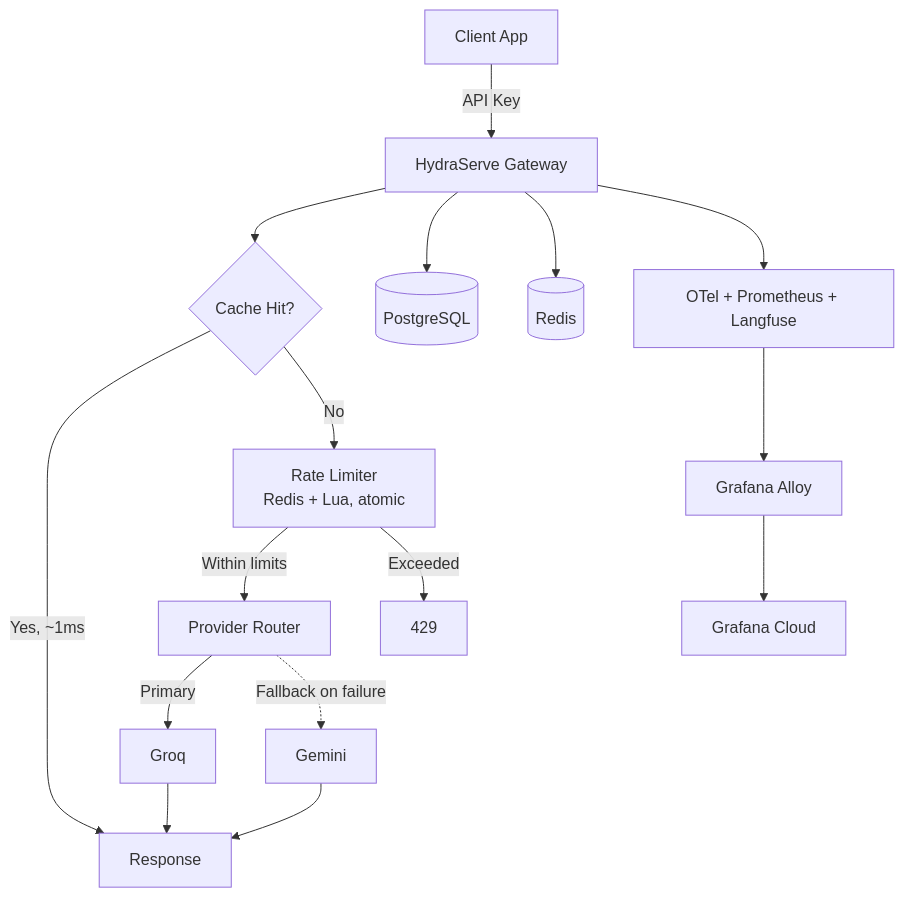
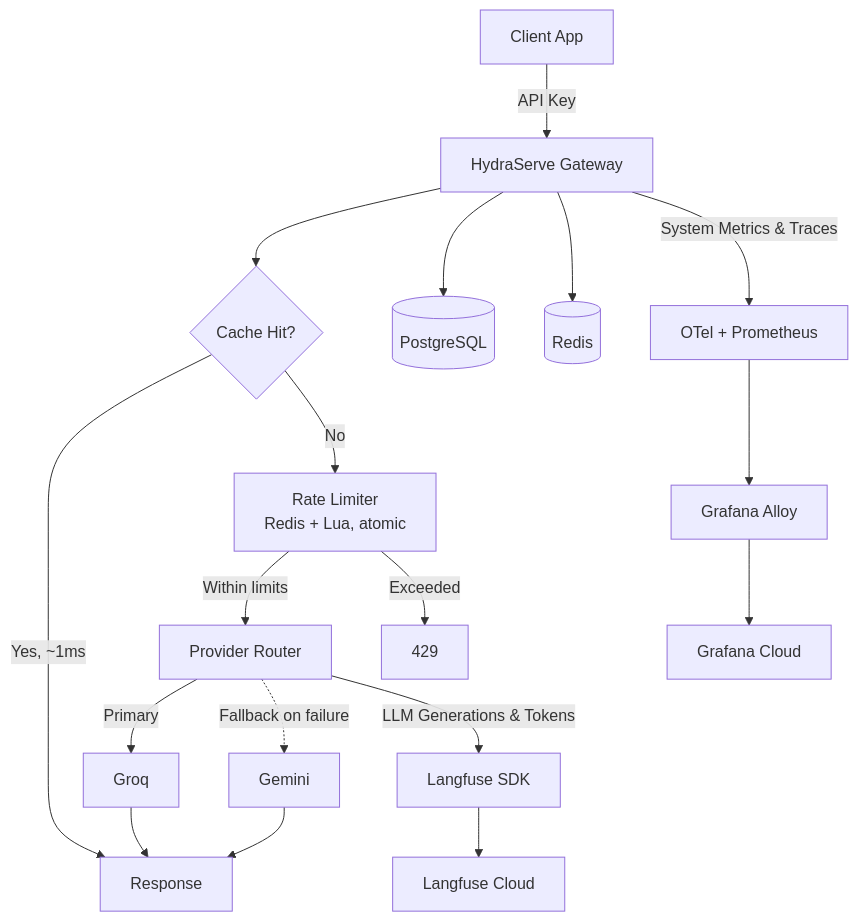
One commit to sudhanshu-ssd/HydraServe changed the diagram in README.md. Above: the diagram before and after it, drawn with Mermaid. The commit also changed other lines of this file, not shown here.

````diff
--- a/README.md
+++ b/README.md
@@ -22,18 +39,25 @@
 ```mermaid
 flowchart TD
     A[Client App] -->|API Key| B[HydraServe Gateway]
     B --> C{Cache Hit?}
     C -->|Yes, ~1ms| Z[Response]
     C -->|No| D["Rate Limiter<br/>Redis + Lua, atomic"]
     D -->|Within limits| E[Provider Router]
     D -->|Exceeded| F[429]
     E -->|Primary| G[Groq]
     E -.->|Fallback on failure| H[Gemini]
     G --> Z
     H --> Z
+    
     B --> I[(PostgreSQL)]
     B --> J[(Redis)]
-    B --> K["OTel + Prometheus + Langfuse"]
+    
+    %% System Observability
+    B -->|System Metrics & Traces| K["OTel + Prometheus"]
     K --> L[Grafana Alloy]
     L --> M[Grafana Cloud]
+    
+    %% LLM Observability
+    E -->|LLM Generations & Tokens| N[Langfuse SDK]
+    N --> O[Langfuse Cloud]
 ```
````
